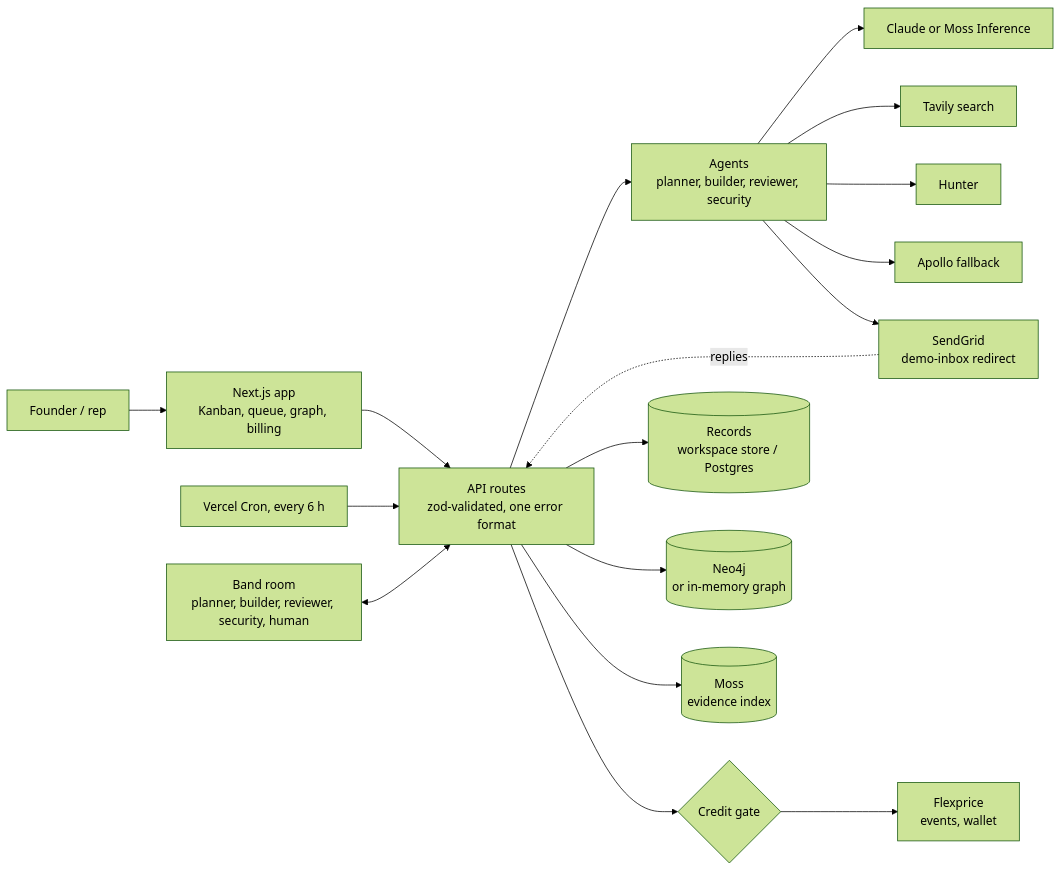
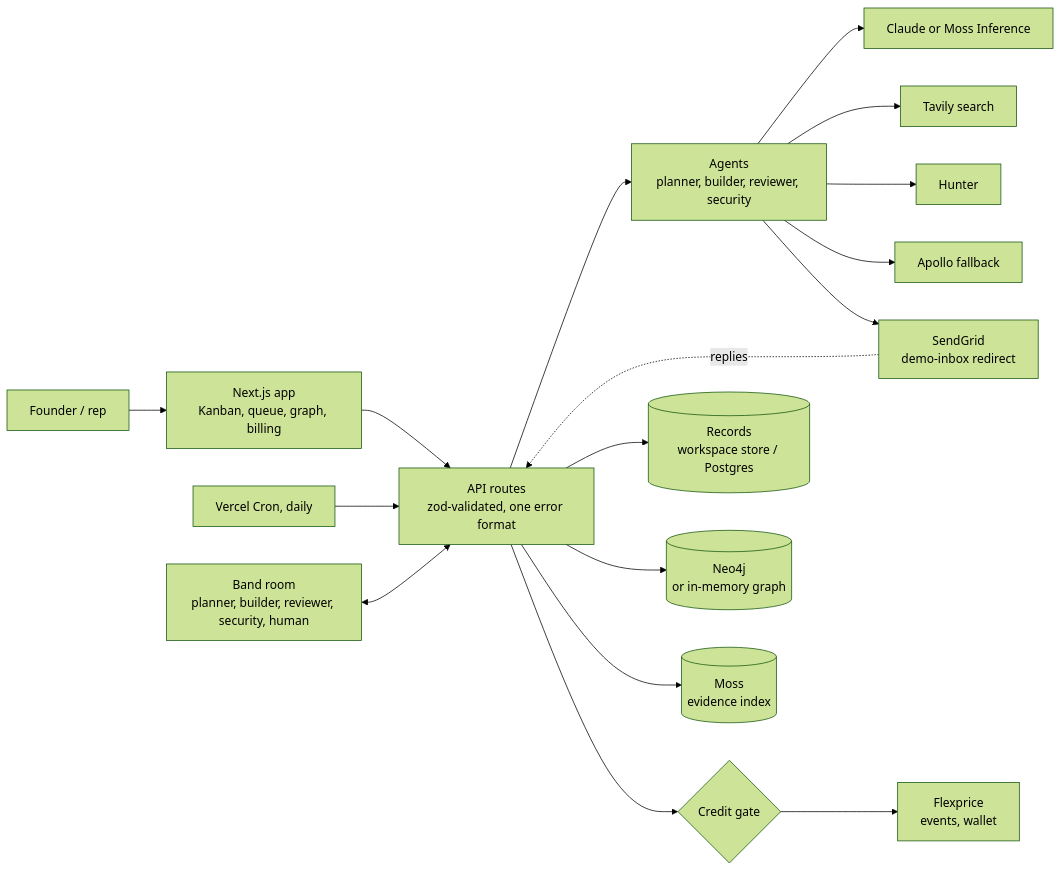
Before and after one commit to KamayaniR/Cited: the first of 2 diagrams in docs/system-design.md, drawn with Mermaid (forest theme). The commit also changed other lines of this file and 2 other files, not shown here.

Commit message:
Run the signal refresh cron daily (Vercel Hobby limit)

````diff
--- a/docs/system-design.md
+++ b/docs/system-design.md
@@ -19,17 +19,17 @@
 ```mermaid
 flowchart LR
   U[Founder / rep] --> UI[Next.js app<br/>Kanban, queue, graph, billing]
   UI --> API[API routes<br/>zod-validated, one error format]
-  CRON[Vercel Cron, every 6 h] --> API
+  CRON[Vercel Cron, daily] --> API
   BAND[Band room<br/>planner, builder, reviewer, security, human] <--> API
   API --> AG[Agents<br/>planner, builder, reviewer, security]
   AG --> LLM[Claude or Moss Inference]
   AG --> TAV[Tavily search]
   AG --> HUN[Hunter] & APO[Apollo fallback]
   AG --> SG[SendGrid<br/>demo-inbox redirect]
   API --> GATE{Credit gate} --> FLEX[Flexprice<br/>events, wallet]
   API --> DB[(Records<br/>workspace store / Postgres)]
   API --> NEO[(Neo4j<br/>or in-memory graph)]
   API --> MOSS[(Moss<br/>evidence index)]
   SG -. replies .-> API
 ```
````
